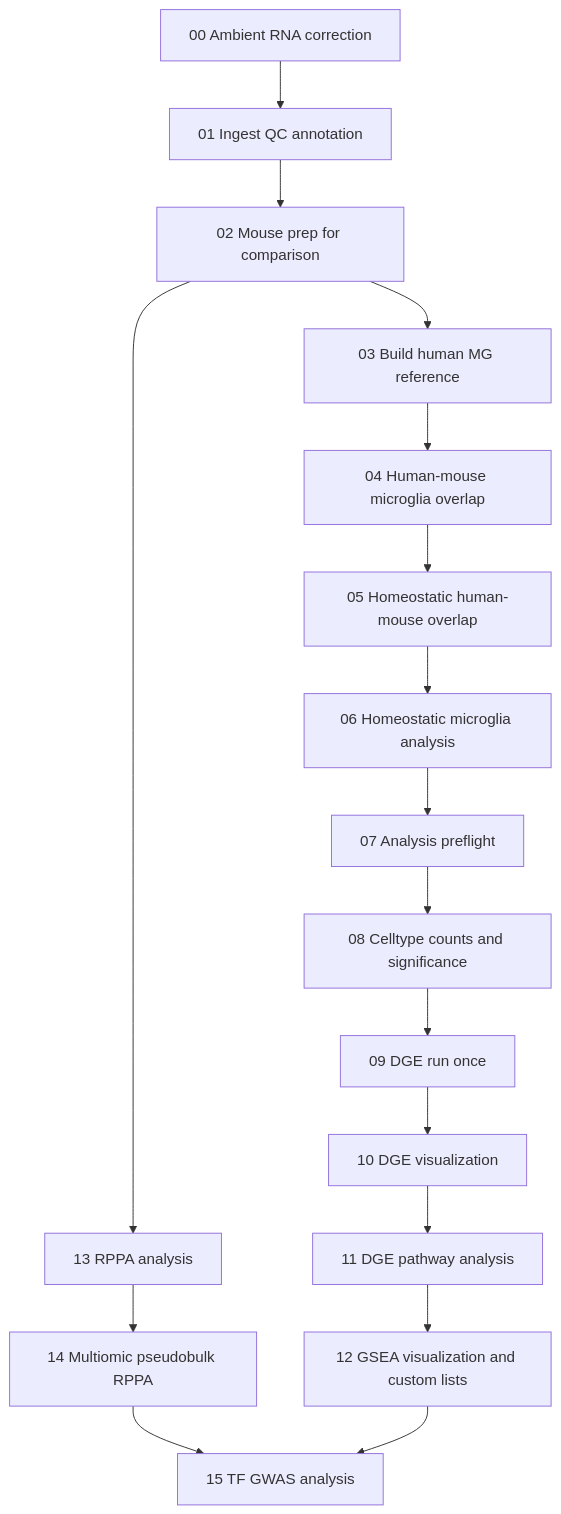
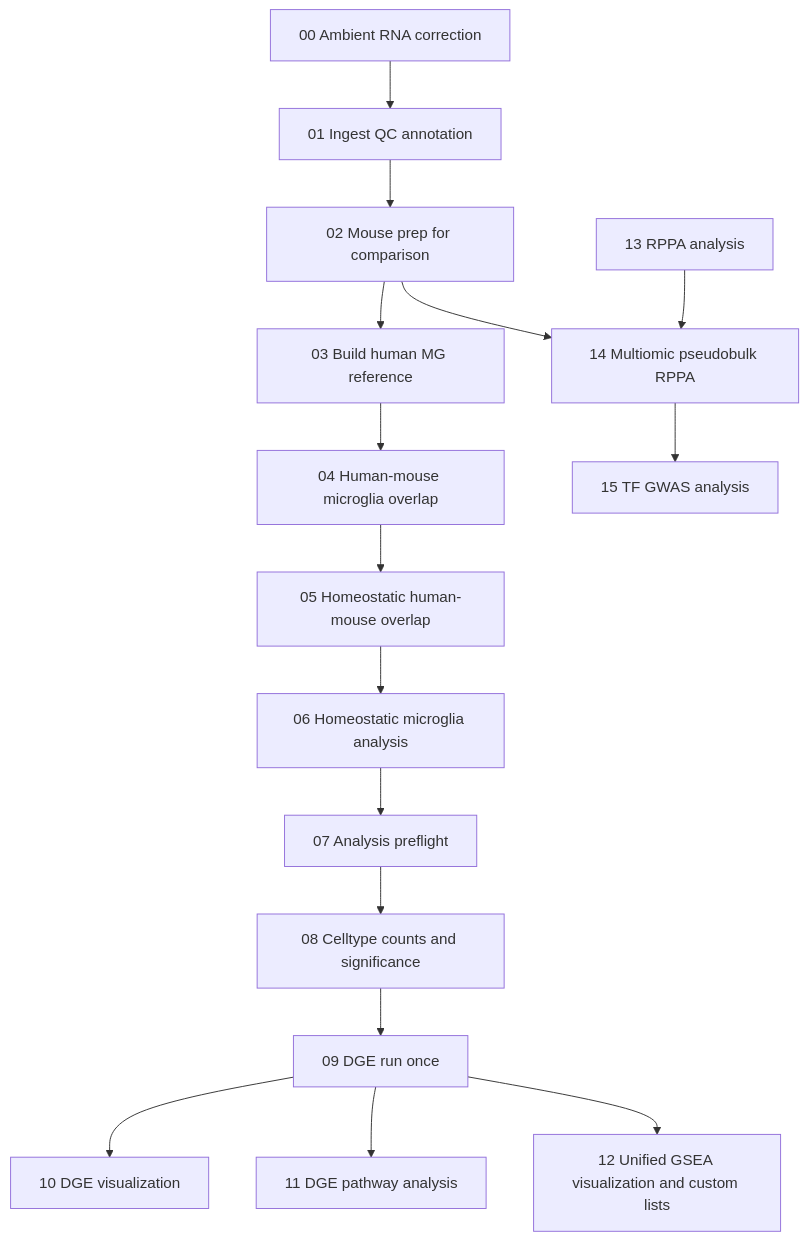
Before and after one commit to jmorganknight/Brain_snRNAseq: the diagram in README.md, drawn with Mermaid. The commit also changed other lines of this file, not shown here.

Commit message:
Correct README pipeline dependencies

````diff
--- a/README.md
+++ b/README.md
@@ -38,19 +38,19 @@
 ```mermaid
 flowchart TD
 	N00[00 Ambient RNA correction] --> N01[01 Ingest QC annotation]
 	N01 --> N02[02 Mouse prep for comparison]
 	N02 --> N03[03 Build human MG reference]
 	N03 --> N04[04 Human-mouse microglia overlap]
 	N04 --> N05[05 Homeostatic human-mouse overlap]
 	N05 --> N06[06 Homeostatic microglia analysis]
 	N06 --> N07[07 Analysis preflight]
 	N07 --> N08[08 Celltype counts and significance]
 	N08 --> N09[09 DGE run once]
 	N09 --> N10[10 DGE visualization]
-	N10 --> N11[11 DGE pathway analysis]
-	N11 --> N12[12 GSEA visualization and custom lists]
-	N02 --> N13[13 RPPA analysis]
+	N09 --> N11[11 DGE pathway analysis]
+	N09 --> N12[12 Unified GSEA visualization and custom lists]
+	N13[13 RPPA analysis]
+	N02 --> N14[14 Multiomic pseudobulk RPPA]
 	N13 --> N14[14 Multiomic pseudobulk RPPA]
 	N14 --> N15[15 TF GWAS analysis]
-	N12 --> N15
 ```
````
